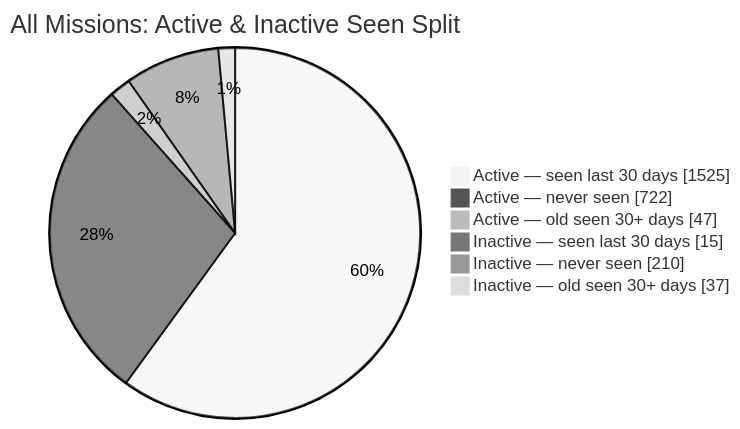
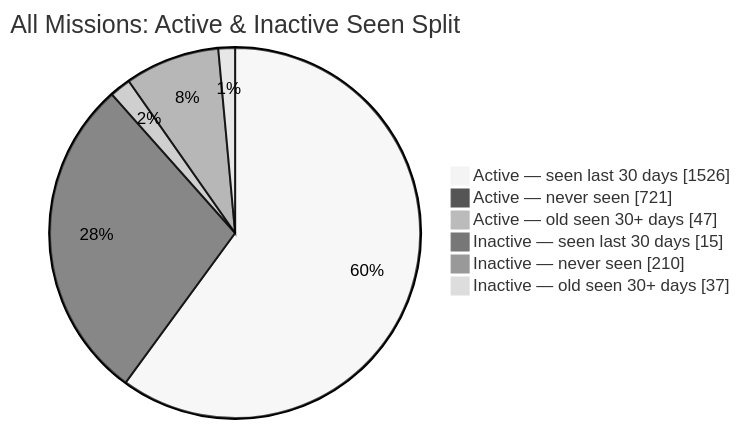
Before and after one commit to MeldkamerspelGameTeam/active-missions: the second of 2 diagrams in README.md, drawn with Mermaid (neutral theme). The commit also changed other lines of this file and 2 other files, not shown here.

````diff
--- a/README.md
+++ b/README.md
@@ -44,10 +44,10 @@
 ```mermaid
 pie showData
     title All Missions: Active & Inactive Seen Split
-    "Active — seen last 30 days" : 1525
-    "Active — never seen" : 722
+    "Active — seen last 30 days" : 1526
+    "Active — never seen" : 721
     "Active — old seen 30+ days" : 47
     "Inactive — seen last 30 days" : 15
     "Inactive — never seen" : 210
     "Inactive — old seen 30+ days" : 37
 ```
````
